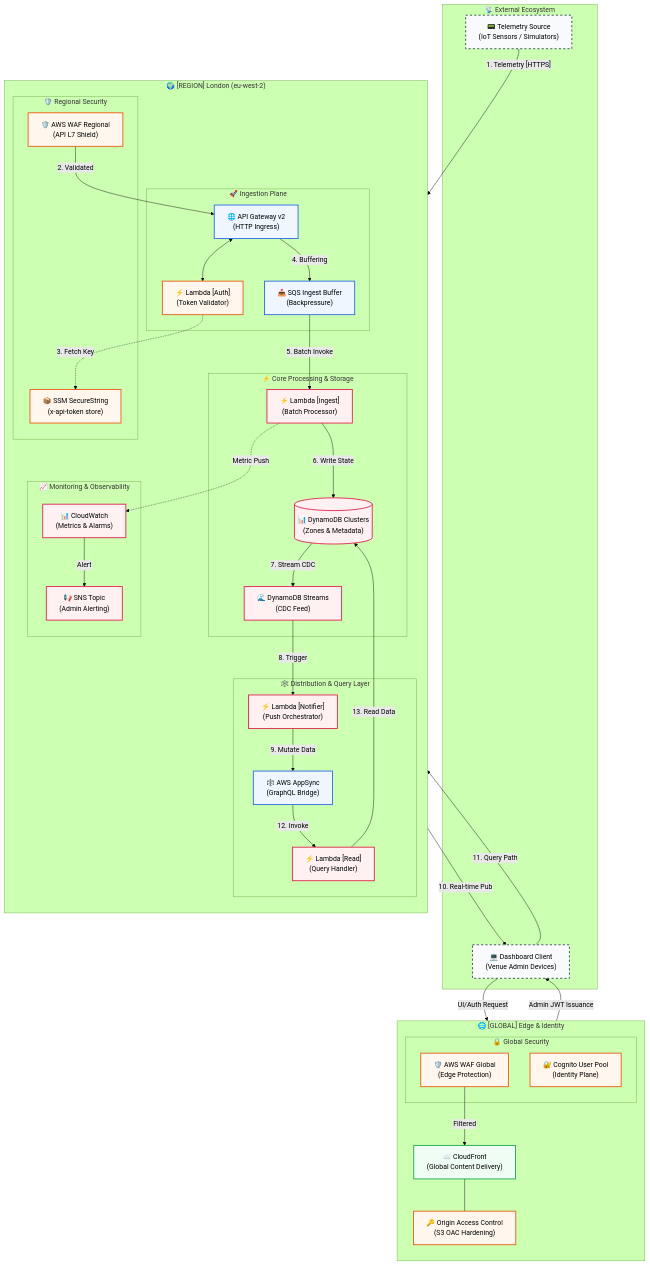
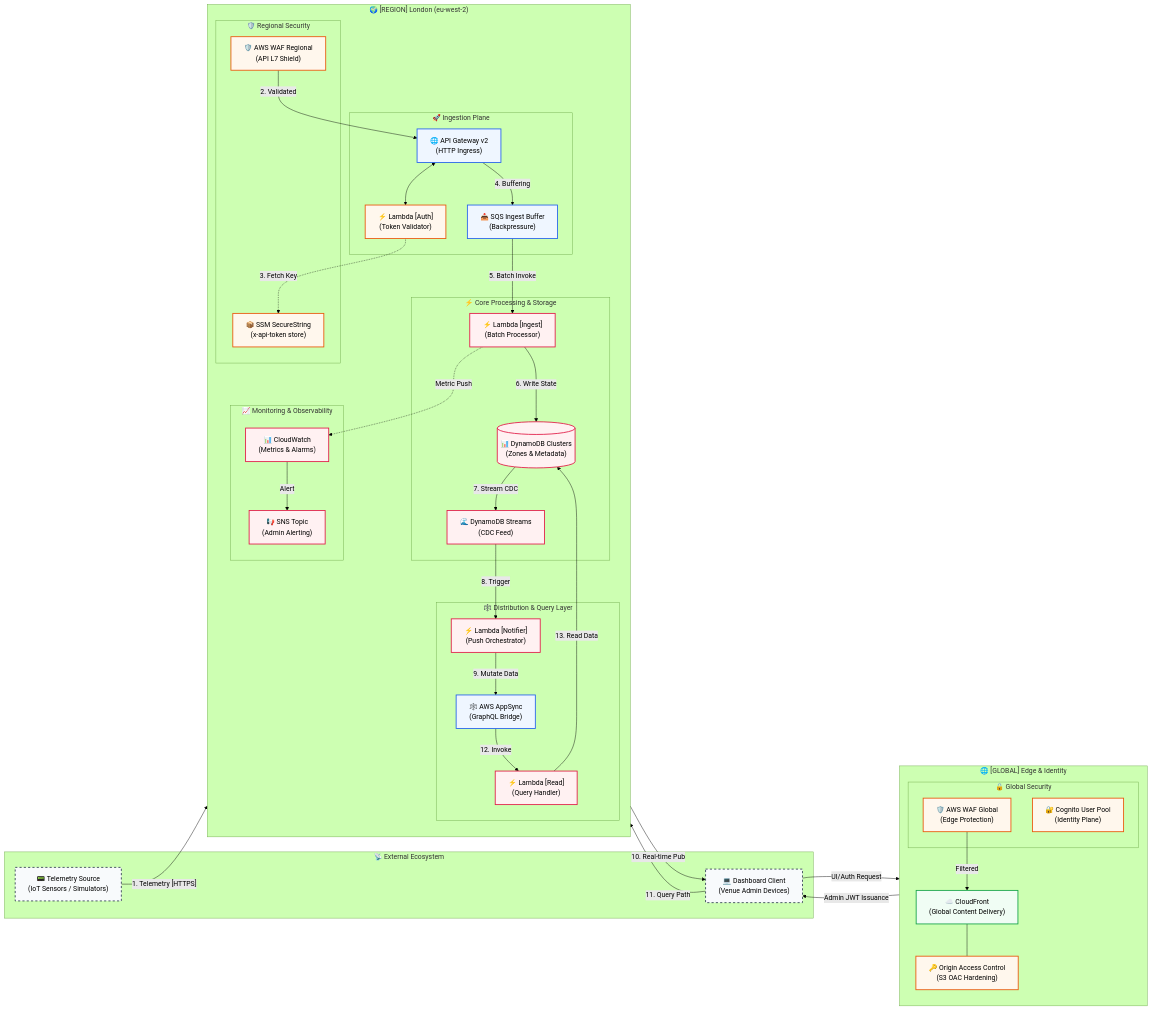
Before and after one commit to sakaroncloud/Crowd-Management: the diagram in README.md, drawn with Mermaid (forest theme). The commit also changed 1 other file, not shown here.

Commit message:
docs: finalize architecture with orthogonal layout and boxed boundaries
- Switched Mermaid diagram to Left-to-Right (LR) for straighter flow.
- Replaced architectural asset with a clean, boxed technical diagram.
- Ensured all arrows are orthogonal (straight) with NO diagonal lines.
- Explicitly demarcated Global and Regional boundaries with rectangular subgraphs.

````diff
--- a/README.md
+++ b/README.md
@@ -18,5 +18,5 @@
 ```mermaid
-flowchart TB
+flowchart LR
     %% External Entities
     subgraph "📡 External Ecosystem"
         TS["📟 Telemetry Source<br/>(IoT Sensors / Simulators)"]
````
